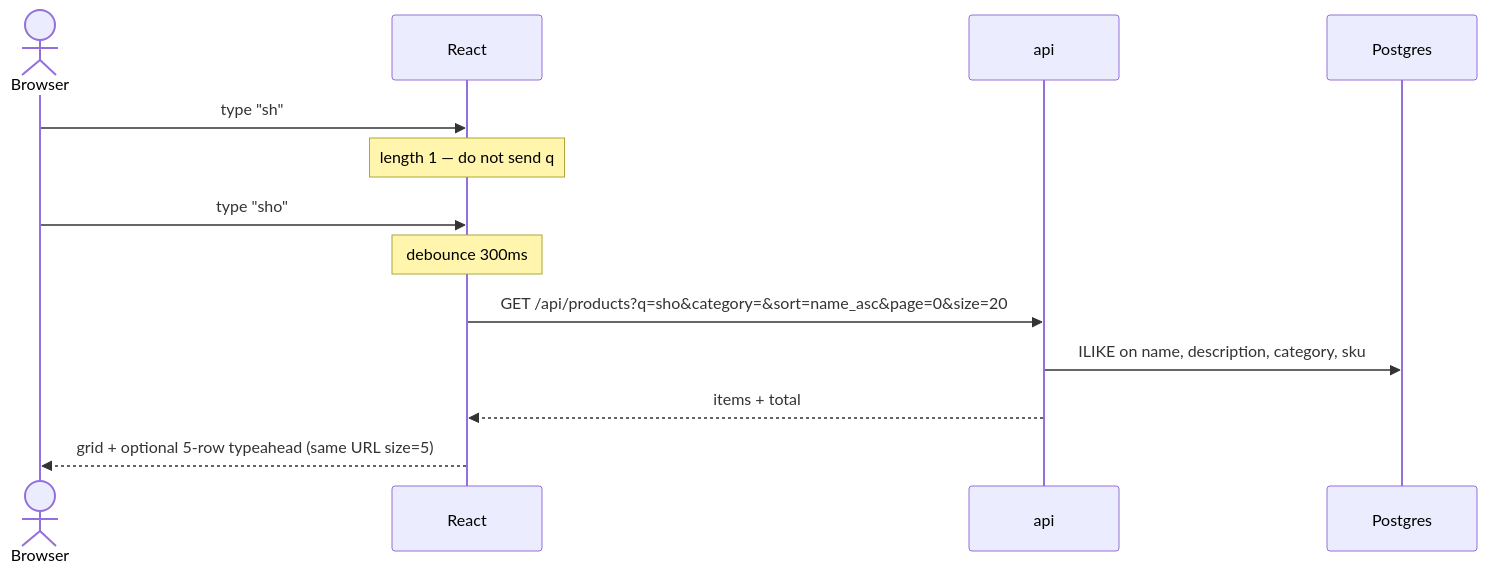
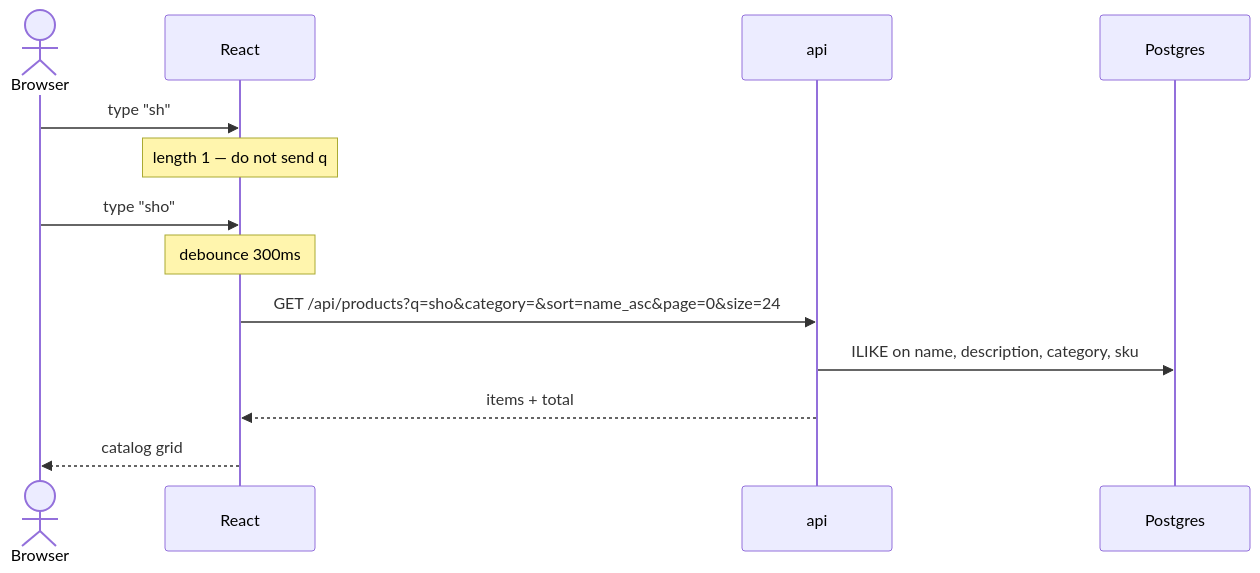
Before and after one commit to garicharo/ecommerce: the eighth of 9 diagrams in DIAGRAMS.md, drawn with Mermaid. The commit also changed other lines of this file and 104 other files, not shown here.

````diff
--- a/DIAGRAMS.md
+++ b/DIAGRAMS.md
@@ -278,16 +278,16 @@
 ```mermaid
 sequenceDiagram
   actor U as Browser
   participant UI as React
   participant A as api
   participant DB as Postgres
 
   U->>UI: type "sh"
   Note over UI: length 1 — do not send q
   U->>UI: type "sho"
   Note over UI: debounce 300ms
-  UI->>A: GET /api/products?q=sho&category=&sort=name_asc&page=0&size=20
+  UI->>A: GET /api/products?q=sho&category=&sort=name_asc&page=0&size=24
   A->>DB: ILIKE on name, description, category, sku
   A-->>UI: items + total
-  UI-->>U: grid + optional 5-row typeahead (same URL size=5)
+  UI-->>U: catalog grid
 ```
````
